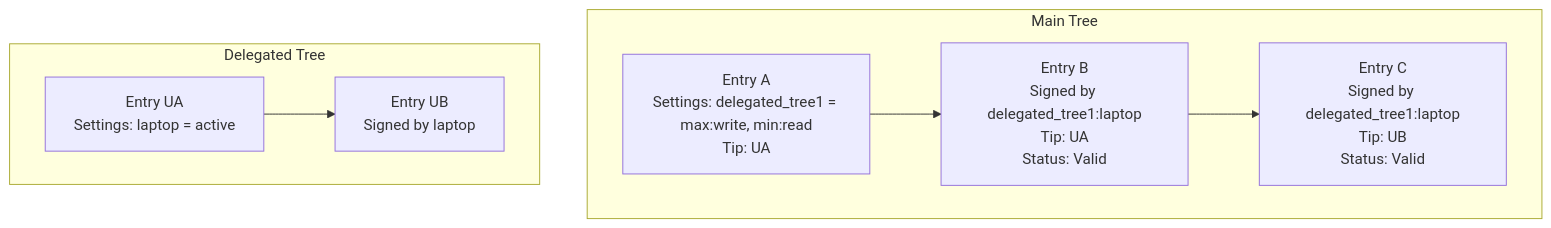
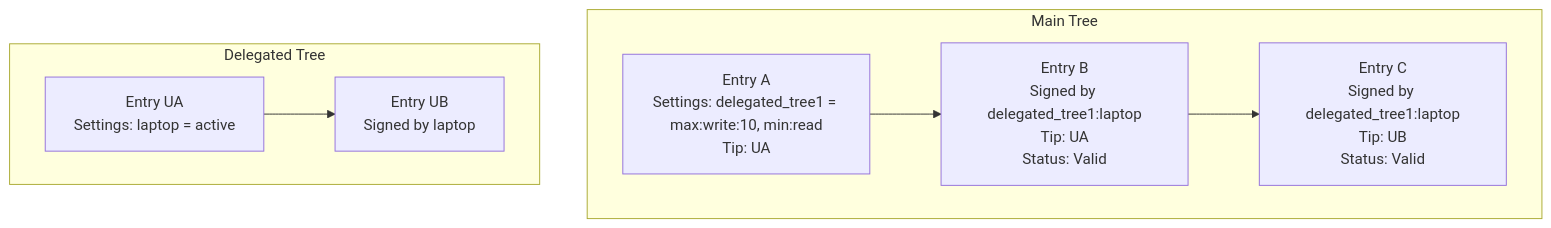
The fourth of 7 diagrams in docs/src/design/authentication.md (arcuru/eidetica), drawn with Mermaid before and after one commit. The commit also changed other lines of this file and 10 other files, not shown here.

````diff
--- a/docs/src/design/authentication.md
+++ b/docs/src/design/authentication.md
@@ -452,17 +453,17 @@
 ```mermaid
 graph TD
     subgraph "Main Tree"
-        A["Entry A<br/>Settings: delegated_tree1 = max:write, min:read<br/>Tip: UA"]
+        A["Entry A<br/>Settings: delegated_tree1 = max:write:10, min:read<br/>Tip: UA"]
         B["Entry B<br/>Signed by delegated_tree1:laptop<br/>Tip: UA<br/>Status: Valid"]
         C["Entry C<br/>Signed by delegated_tree1:laptop<br/>Tip: UB<br/>Status: Valid"]
     end
 
     subgraph "Delegated Tree"
         UA["Entry UA<br/>Settings: laptop = active"]
         UB["Entry UB<br/>Signed by laptop"]
     end
 
     A --> B
     B --> C
     UA --> UB
 ```
````
